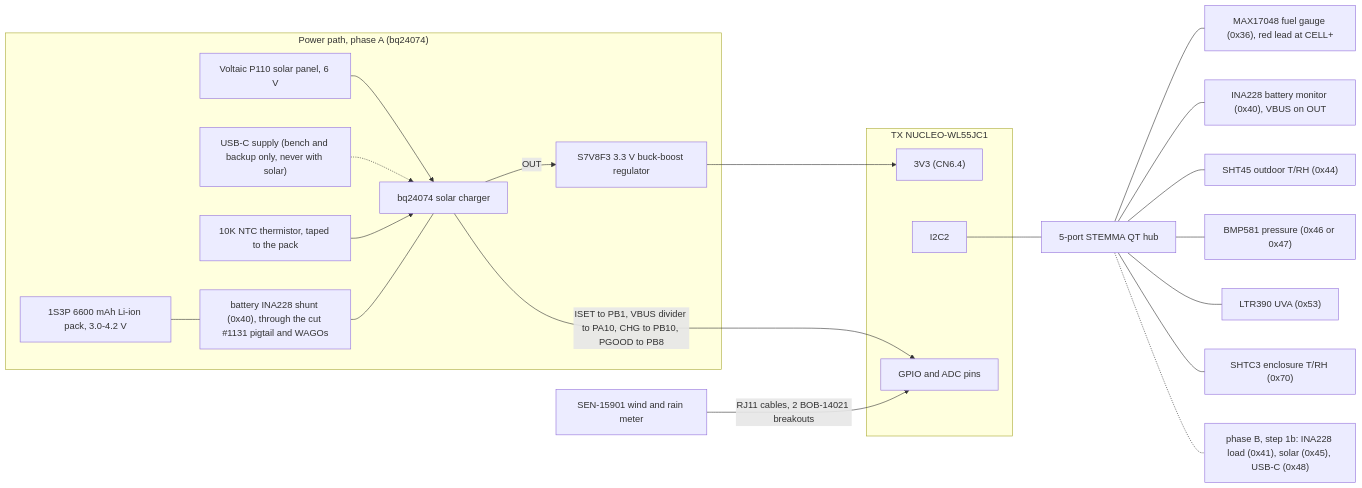
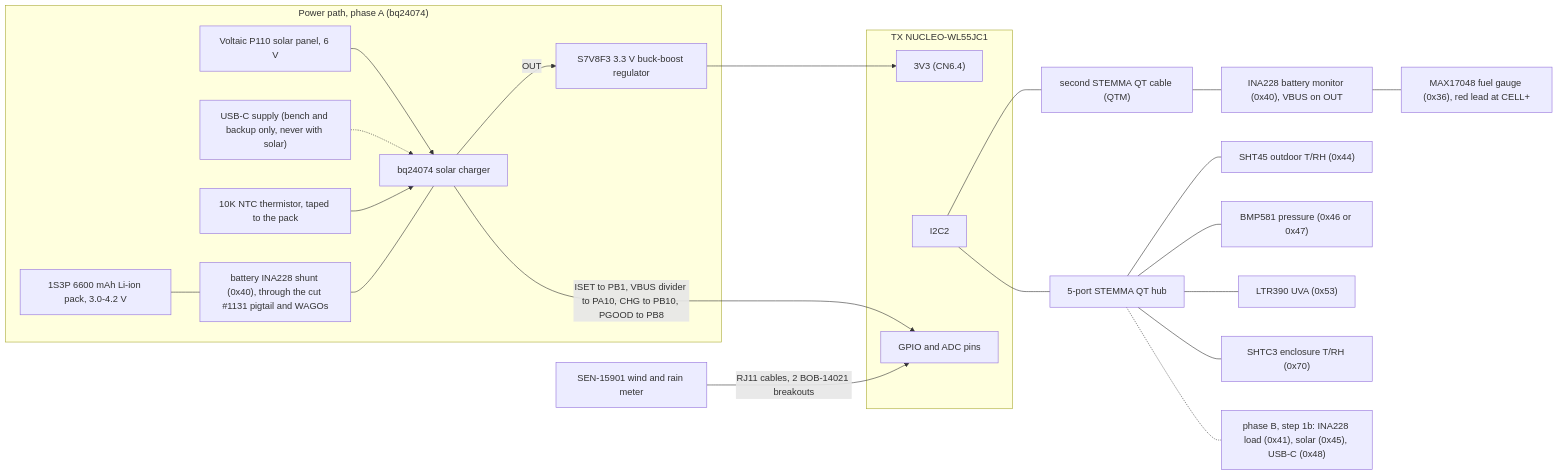
One commit to clintecker/weather-station-2026 changed the diagram in docs/poc-shopping-list.md. Above: the diagram before and after it, drawn with Mermaid. The commit also changed other lines of this file and 85 other files, not shown here.

````diff
--- a/docs/poc-shopping-list.md
+++ b/docs/poc-shopping-list.md
@@ -13,27 +15,28 @@
 ```mermaid
 flowchart LR
   subgraph POWER["Power path, phase A (bq24074)"]
     PANEL["Voltaic P110 solar panel, 6 V"] --> CHG["bq24074 solar charger"]
     USBC["USB-C supply (bench and backup only, never with solar)"] -.-> CHG
     NTC["10K NTC thermistor, taped to the pack"] --> CHG
     BATT["1S3P 6600 mAh Li-ion pack, 3.0-4.2 V"] --- SHUNT["battery INA228 shunt (0x40), through the cut #1131 pigtail and WAGOs"]
     SHUNT --- CHG
     CHG -->|"OUT"| REG["S7V8F3 3.3 V buck-boost regulator"]
   end
   subgraph NUCLEO["TX NUCLEO-WL55JC1"]
     V33["3V3 (CN6.4)"]
     I2C2["I2C2"]
     GPIO["GPIO and ADC pins"]
   end
   REG --> V33
   CHG -->|"ISET to PB1, VBUS divider to PA10, CHG to PB10, PGOOD to PB8"| GPIO
   I2C2 --- HUB["5-port STEMMA QT hub"]
-  HUB --- FG["MAX17048 fuel gauge (0x36), red lead at CELL+"]
-  HUB --- PM["INA228 battery monitor (0x40), VBUS on OUT"]
+  I2C2 --- QTM["second STEMMA QT cable (QTM)"]
+  QTM --- PM["INA228 battery monitor (0x40), VBUS on OUT"]
+  PM --- FG["MAX17048 fuel gauge (0x36), red lead at CELL+"]
   HUB --- SHT["SHT45 outdoor T/RH (0x44)"]
   HUB --- BMP["BMP581 pressure (0x46 or 0x47)"]
   HUB --- UV["LTR390 UVA (0x53)"]
   HUB --- SHTC["SHTC3 enclosure T/RH (0x70)"]
   HUB -.- PB["phase B, step 1b: INA228 load (0x41), solar (0x45), USB-C (0x48)"]
   METER["SEN-15901 wind and rain meter"] -->|"RJ11 cables, 2 BOB-14021 breakouts"| GPIO
 ```
````
